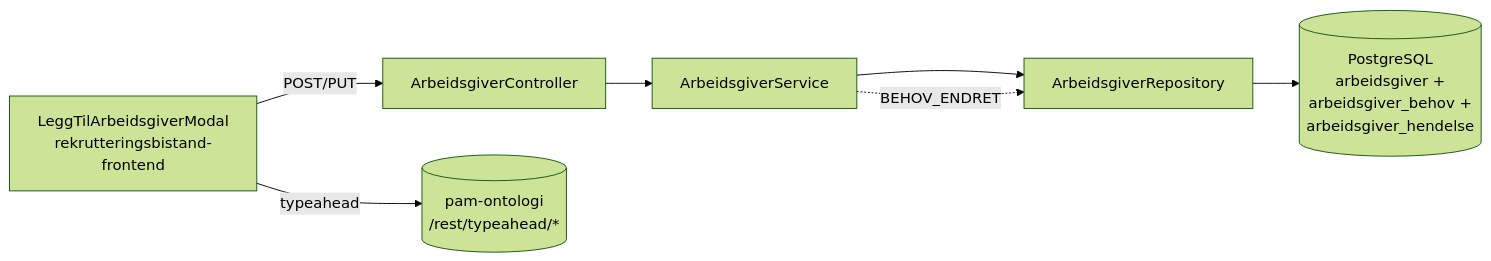
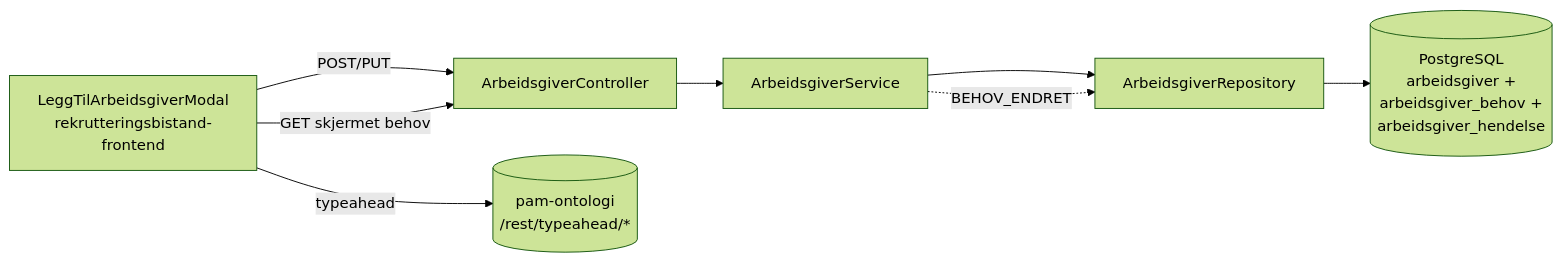
The second of 3 diagrams in docs/9-planer/arbeidsgiver_behov/arbeidsgivers-behov.md (navikt/rekrutteringstreff-backend), drawn with Mermaid (forest theme) before and after one commit. The commit also changed other lines of this file, not shown here.

````diff
--- a/docs/9-planer/arbeidsgiver_behov/arbeidsgivers-behov.md
+++ b/docs/9-planer/arbeidsgiver_behov/arbeidsgivers-behov.md
@@ -118,9 +120,10 @@
 ```mermaid
 flowchart LR
-    UI[LeggTilArbeidsgiverModal\nrekrutteringsbistand-frontend] -->|POST/PUT| Ctrl[ArbeidsgiverController]
-    UI -->|typeahead| Ontologi[(pam-ontologi\n/rest/typeahead/*)]
-    Ctrl --> Svc[ArbeidsgiverService]
-    Svc --> Repo[ArbeidsgiverRepository]
-    Repo --> DB[(PostgreSQL\narbeidsgiver +\narbeidsgiver_behov +\narbeidsgiver_hendelse)]
-    Svc -.BEHOV_ENDRET.-> Repo
+  UI[LeggTilArbeidsgiverModal\nrekrutteringsbistand-frontend] -->|POST/PUT| Ctrl[ArbeidsgiverController]
+  UI -->|GET skjermet behov| Ctrl
+  UI -->|typeahead| Ontologi[(pam-ontologi\n/rest/typeahead/*)]
+  Ctrl --> Svc[ArbeidsgiverService]
+  Svc --> Repo[ArbeidsgiverRepository]
+  Repo --> DB[(PostgreSQL\narbeidsgiver +\narbeidsgiver_behov +\narbeidsgiver_hendelse)]
+  Svc -.BEHOV_ENDRET.-> Repo
 ```
````
